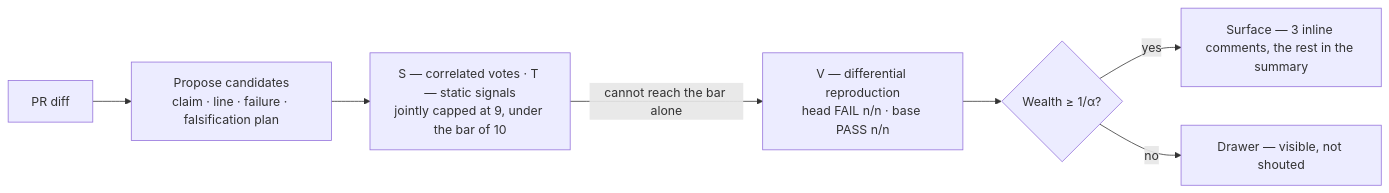
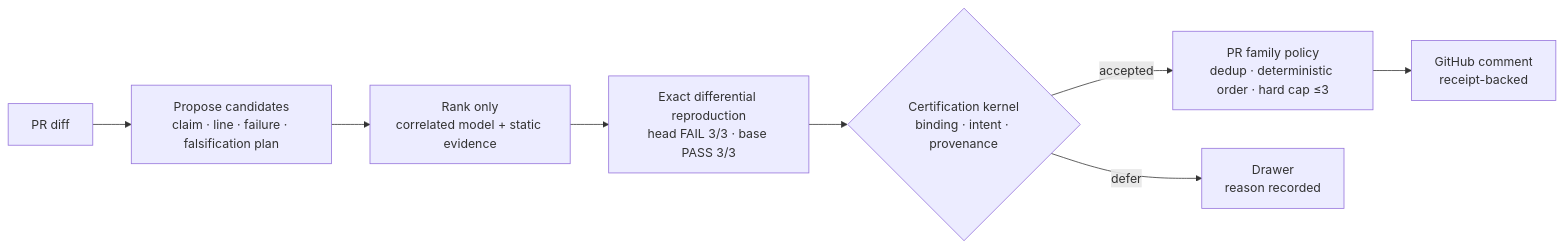
Before and after one commit to IcantFind-a-username/IcantFind-a-username: the first of 2 diagrams in README.md, drawn with Mermaid. The commit also changed other lines of this file, not shown here.

````diff
--- a/README.md
+++ b/README.md
@@ -37,9 +35,10 @@
 ```mermaid
 flowchart LR
     A["PR diff"] --> B["Propose candidates<br/>claim · line · failure · falsification plan"]
-    B --> C["S — correlated votes · T — static signals<br/>jointly capped at 9, under the bar of 10"]
-    C -->|"cannot reach the bar alone"| V["V — differential reproduction<br/>head FAIL n/n · base PASS n/n"]
-    V --> D{"Wealth ≥ 1/α?"}
-    D -->|yes| E["Surface — 3 inline comments, the rest in the summary"]
-    D -->|no| G["Drawer — visible, not shouted"]
+    B --> C["Rank only<br/>correlated model + static evidence"]
+    C --> V["Exact differential reproduction<br/>head FAIL 3/3 · base PASS 3/3"]
+    V --> K{"Certification kernel<br/>binding · intent · provenance"}
+    K -->|accepted| P["PR family policy<br/>dedup · deterministic order · hard cap ≤3"]
+    K -->|defer| G["Drawer<br/>reason recorded"]
+    P --> E["GitHub comment<br/>receipt-backed"]
 ```
````
